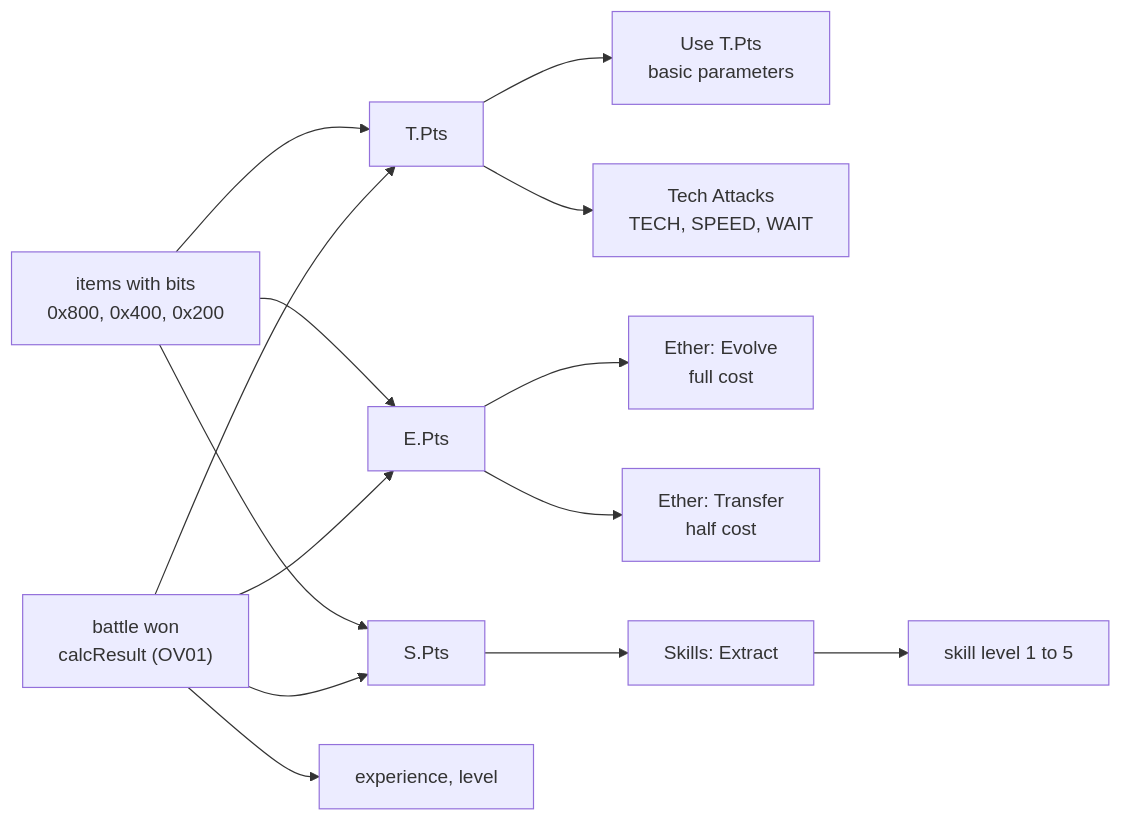
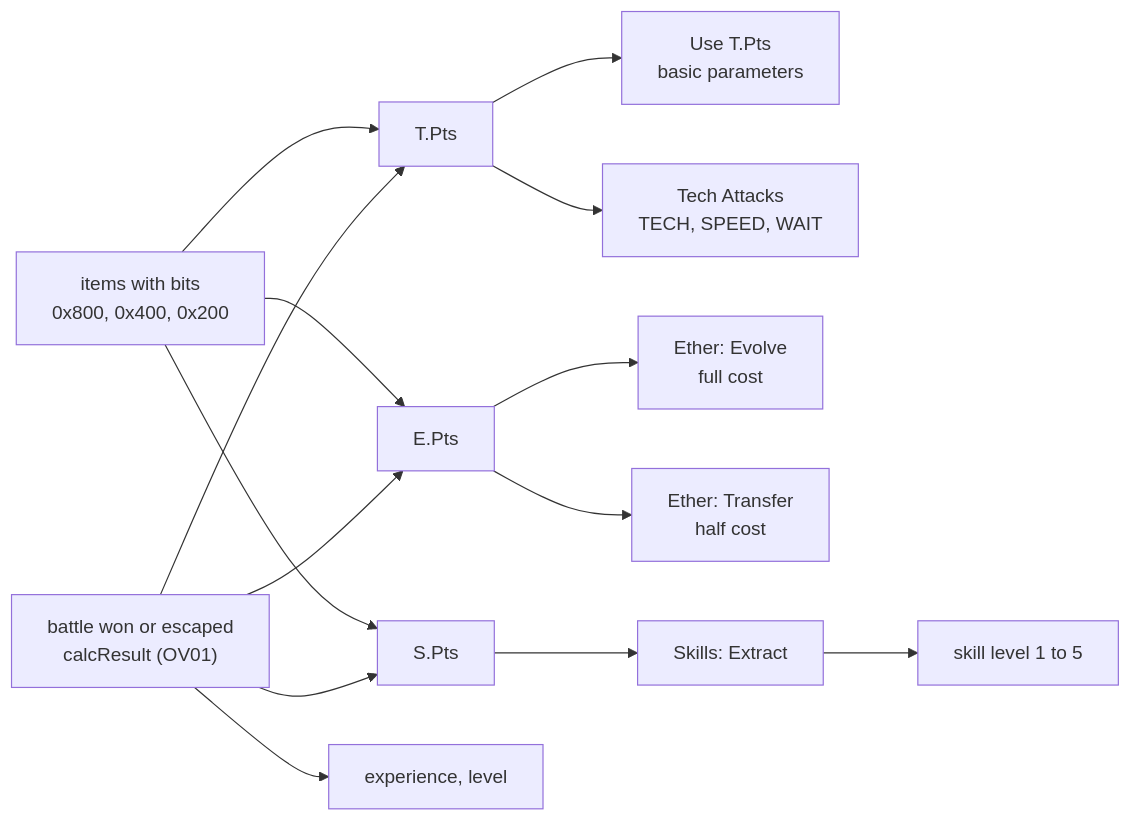
The third of 13 diagrams in documentation/game/character-growth.md (OpokXeno/xsg-i-decomp), drawn with Mermaid before and after one commit. The commit also changed other lines of this file and 41 other files, not shown here.

````diff
--- a/documentation/game/character-growth.md
+++ b/documentation/game/character-growth.md
@@ -234,16 +235,16 @@
 ```mermaid
 flowchart LR
-    B["battle won<br/>calcResult (OV01)"] --> T["T.Pts"]
+    B["battle won or escaped<br/>calcResult (OV01)"] --> T["T.Pts"]
     B --> E["E.Pts"]
     B --> S["S.Pts"]
     B --> X["experience, level"]
     I["items with bits<br/>0x800, 0x400, 0x200"] --> T
     I --> E
     I --> S
     T --> P["Use T.Pts<br/>basic parameters"]
     T --> TA["Tech Attacks<br/>TECH, SPEED, WAIT"]
     E --> EV["Ether: Evolve<br/>full cost"]
     E --> TR["Ether: Transfer<br/>half cost"]
     S --> SK["Skills: Extract"]
     SK --> SL["skill level 1 to 5"]
 ```
````
